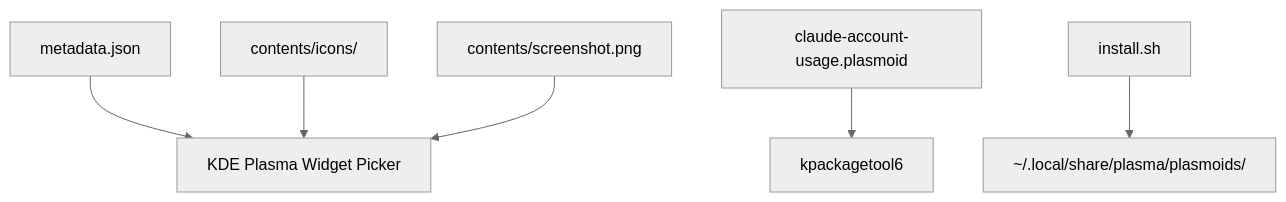
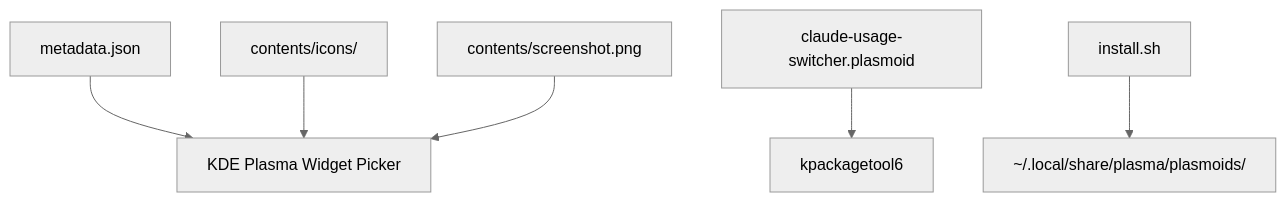
Before and after one commit to ark3us/plasma-claude-usage: the first of 2 diagrams in docs/package-assets/README.md, drawn with Mermaid (neutral theme). The commit also changed other lines of this file and 14 other files, not shown here.

````diff
--- a/docs/package-assets/README.md
+++ b/docs/package-assets/README.md
@@ -13,8 +13,8 @@
 ```mermaid
 graph TD
     Metadata[metadata.json] --> Plasma[KDE Plasma Widget Picker]
     Icons[contents/icons/] --> Plasma
     Screenshot[contents/screenshot.png] --> Plasma
-    Archive[claude-account-usage.plasmoid] --> Installer[kpackagetool6]
+    Archive[claude-usage-switcher.plasmoid] --> Installer[kpackagetool6]
     Install[install.sh] --> LocalDir[~/.local/share/plasma/plasmoids/]
 ```
````
